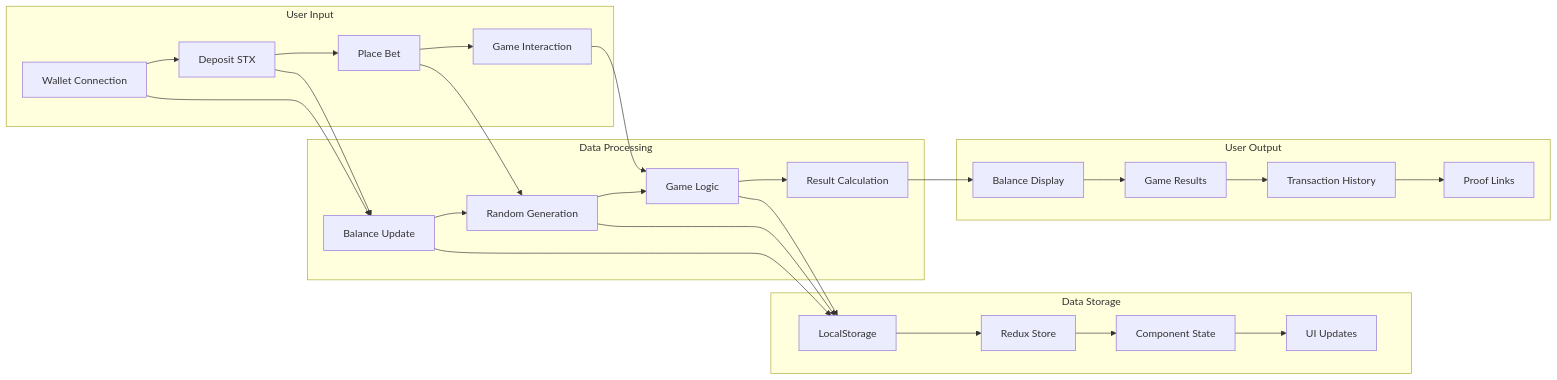
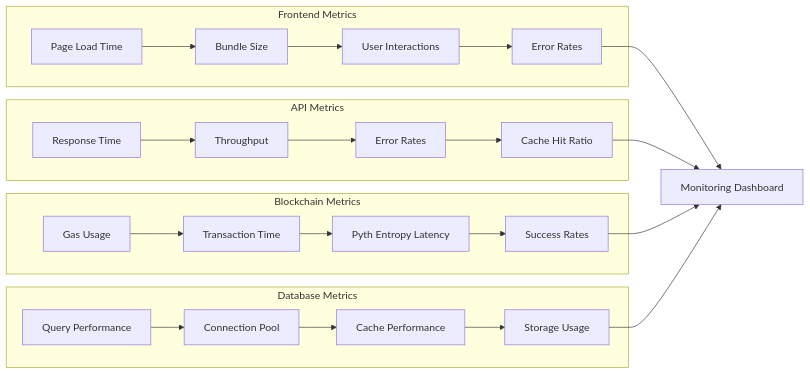
Before and after one commit to AmaanSayyad/APT-Casino-Linera: diagram 16 of 21 in MERMAID_DIAGRAMS.md, drawn with Mermaid. The commit also changed other lines of this file and 48 other files, not shown here.

````diff
--- a/MERMAID_DIAGRAMS.md
+++ b/MERMAID_DIAGRAMS.md
@@ -275,35 +510,31 @@
 ```mermaid
 graph LR
-    subgraph Input["User Input"]
-        A[Wallet Connection] --> B[Deposit STX]
-        B --> C[Place Bet]
-        C --> D[Game Interaction]
+    subgraph Frontend["Frontend Metrics"]
+        A[Page Load Time] --> B[Bundle Size]
+        B --> C[User Interactions]
+        C --> D[Error Rates]
     end
     
-    subgraph Processing["Data Processing"]
-        E[Balance Update] --> F[Random Generation]
-        F --> G[Game Logic]
-        G --> H[Result Calculation]
+    subgraph API["API Metrics"]
+        E[Response Time] --> F[Throughput]
+        F --> G[Error Rates]
+        G --> H[Cache Hit Ratio]
     end
     
-    subgraph Storage["Data Storage"]
-        I[LocalStorage] --> J[Redux Store]
-        J --> K[Component State]
-        K --> L[UI Updates]
+    subgraph Blockchain["Blockchain Metrics"]
+        I[Gas Usage] --> J[Transaction Time]
+        J --> K[Pyth Entropy Latency]
+        K --> L[Success Rates]
     end
     
-    subgraph Output["User Output"]
-        M[Balance Display] --> N[Game Results]
-        N --> O[Transaction History]
-        O --> P[Proof Links]
+    subgraph Database["Database Metrics"]
+        M[Query Performance] --> N[Connection Pool]
+        N --> O[Cache Performance]
+        O --> P[Storage Usage]
     end
     
-    A --> E
-    B --> E
-    C --> F
-    D --> G
-    E --> I
-    F --> I
-    G --> I
-    H --> M
+    D --> Q[Monitoring Dashboard]
+    H --> Q
+    L --> Q
+    P --> Q
 ```
````
